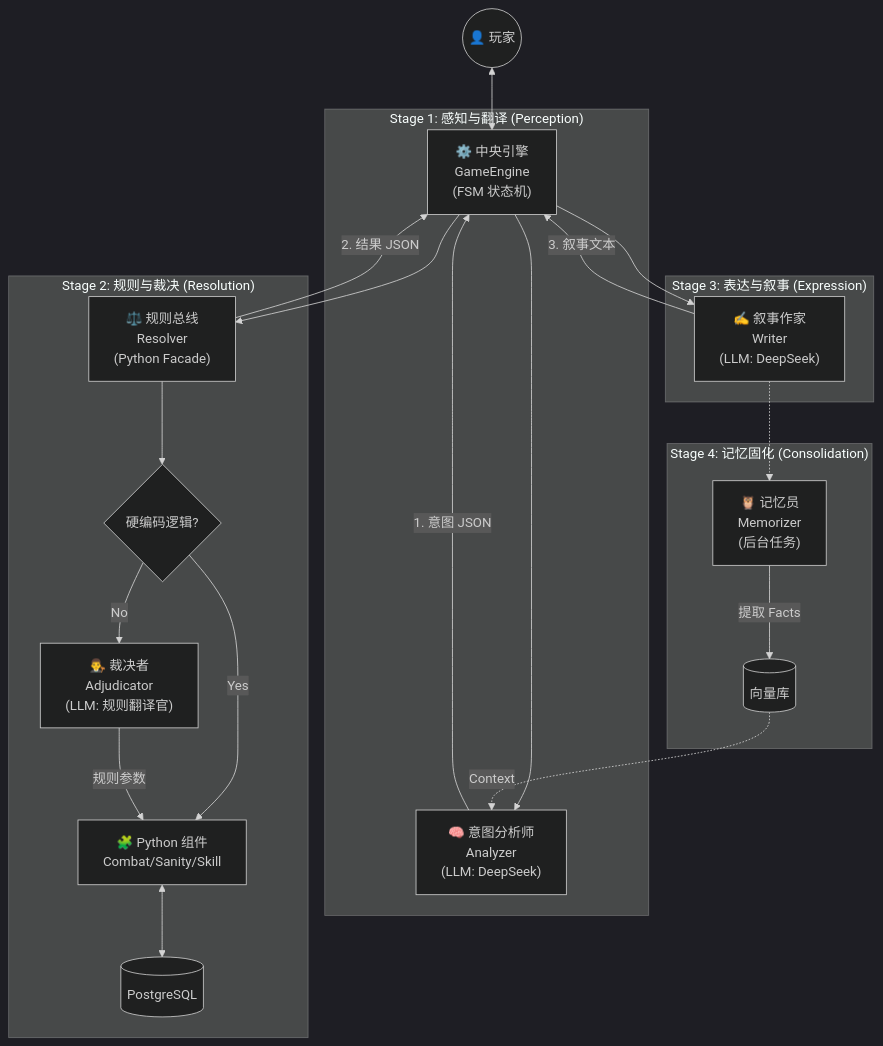
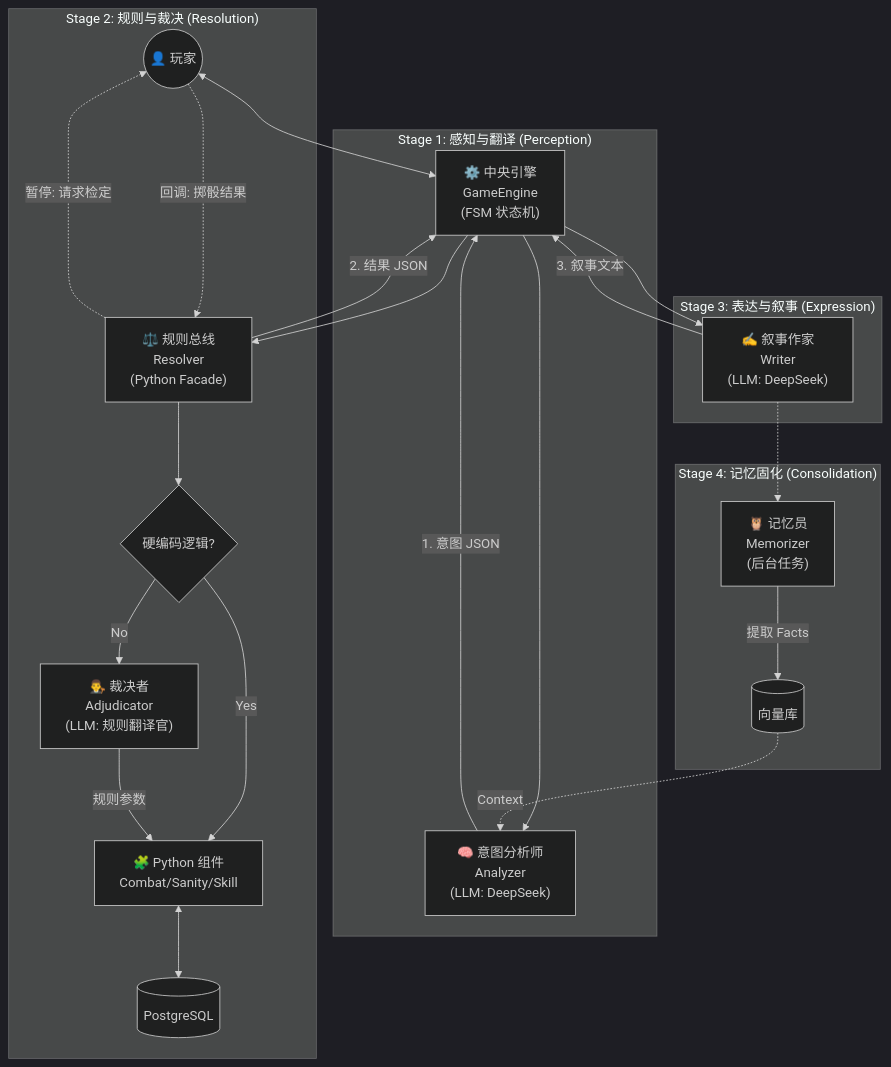
One commit to pineoncellar/glyphkeeper changed the diagram in src/agents/README.md. Above: the diagram before and after it, drawn with Mermaid (dark theme). The commit also changed other lines of this file, not shown here.

````diff
--- a/src/agents/README.md
+++ b/src/agents/README.md
@@ -12,34 +12,37 @@
 ```mermaid
 graph TD
     User((👤 玩家)) <--> Engine["⚙️ 中央引擎<br/>GameEngine<br/>(FSM 状态机)"]
 
     subgraph "Stage 1: 感知与翻译 (Perception)"
         Engine --> Analyzer["🧠 意图分析师<br/>Analyzer<br/>(LLM: DeepSeek)"]
         Analyzer -->|1. 意图 JSON| Engine
     end
 
     subgraph "Stage 2: 规则与裁决 (Resolution)"
         Engine --> Resolver["⚖️ 规则总线<br/>Resolver<br/>(Python Facade)"]
         
         Resolver --> Check{硬编码逻辑?}
         Check -->|Yes| PyComp["🧩 Python 组件<br/>Combat/Sanity/Skill"]
         Check -->|No| Adjudicator["👨‍⚖️ 裁决者<br/>Adjudicator<br/>(LLM: 规则翻译官)"]
         
         Adjudicator -->|规则参数| PyComp
         PyComp <--> DB[(PostgreSQL)]
+
+        Resolver -.->|暂停: 请求检定| User
+        User -.->|回调: 掷骰结果| Resolver
         
         Resolver -->|2. 结果 JSON| Engine
     end
 
     subgraph "Stage 3: 表达与叙事 (Expression)"
         Engine --> Writer["✍️ 叙事作家<br/>Writer<br/>(LLM: DeepSeek)"]
         Writer -->|3. 叙事文本| Engine
     end
 
     subgraph "Stage 4: 记忆固化 (Consolidation)"
         Writer -.-> Memorizer["🦉 记忆员<br/>Memorizer<br/>(后台任务)"]
         Memorizer -->|提取 Facts| RAG[(向量库)]
         RAG -.->|Context| Analyzer
     end
 
 ```
````
